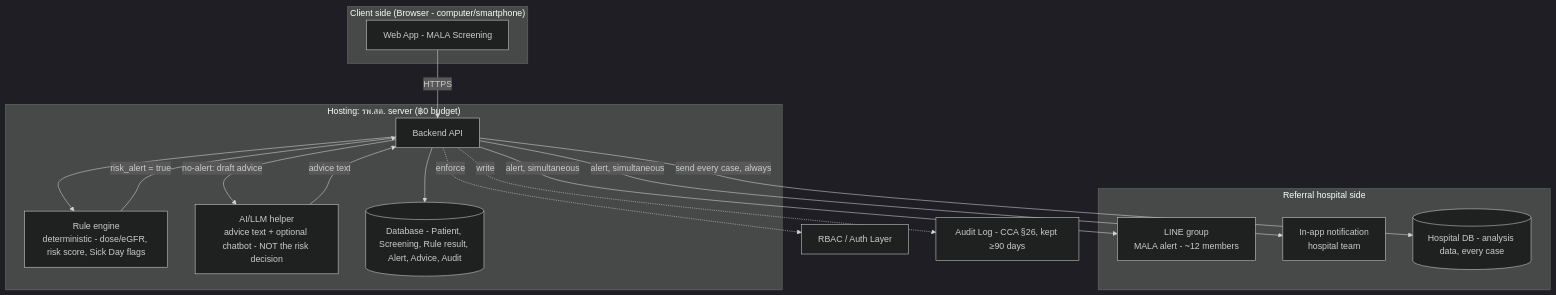
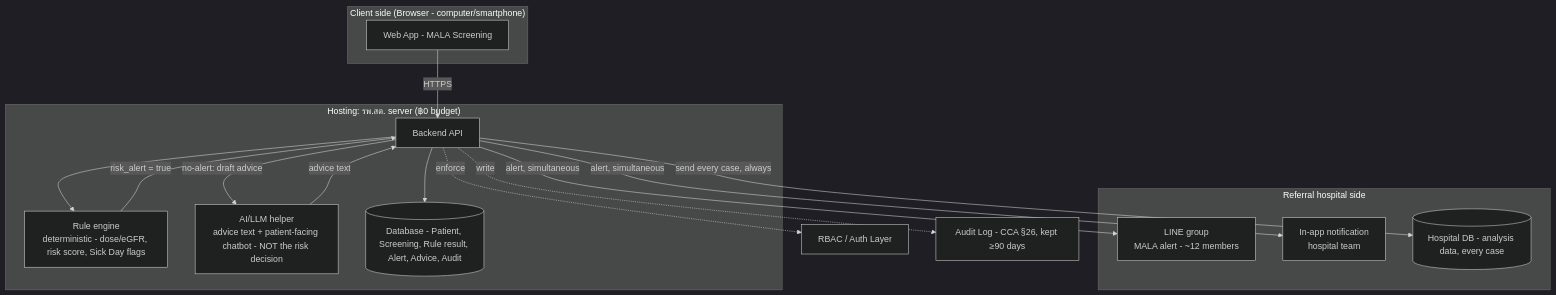
Before and after one commit to tpose-corp/mala-risk-screening: the fourth of 4 diagrams in .docs/02-design/diagrams.md, drawn with Mermaid (dark theme). The commit also changed other lines of this file, not shown here.

````diff
--- a/.docs/02-design/diagrams.md
+++ b/.docs/02-design/diagrams.md
@@ -171,32 +172,32 @@
 ```mermaid
 flowchart TB
   subgraph Client["Client side (Browser - computer/smartphone)"]
     UI[Web App - MALA Screening]
   end
 
   subgraph Server["Hosting: รพ.สต. server (฿0 budget)"]
     API[Backend API]
     Rules[Rule engine\ndeterministic - dose/eGFR, risk score, Sick Day flags]
-    AI[AI/LLM helper\nadvice text + optional chatbot - NOT the risk decision]
+    AI[AI/LLM helper\nadvice text + patient-facing chatbot - NOT the risk decision]
     DB[(Database - Patient, Screening, Rule result, Alert, Advice, Audit)]
   end
 
   subgraph Hospital["Referral hospital side"]
     LineGrp[LINE group\nMALA alert - ~12 members]
     HospitalUI[In-app notification\nhospital team]
     HospDB[(Hospital DB - analysis data, every case)]
   end
 
   UI -->|HTTPS| API
   API --> Rules
   Rules -->|risk_alert = true| API
   API -->|"alert, simultaneous"| LineGrp
   API -->|"alert, simultaneous"| HospitalUI
   API -->|"no-alert: draft advice"| AI
   AI -->|advice text| API
   API --> DB
   API -->|"send every case, always"| HospDB
 
   API -.enforce.-> RBAC[RBAC / Auth Layer]
   API -.write.-> AuditLog[Audit Log - CCA §26, kept ≥90 days]
 ```
````
